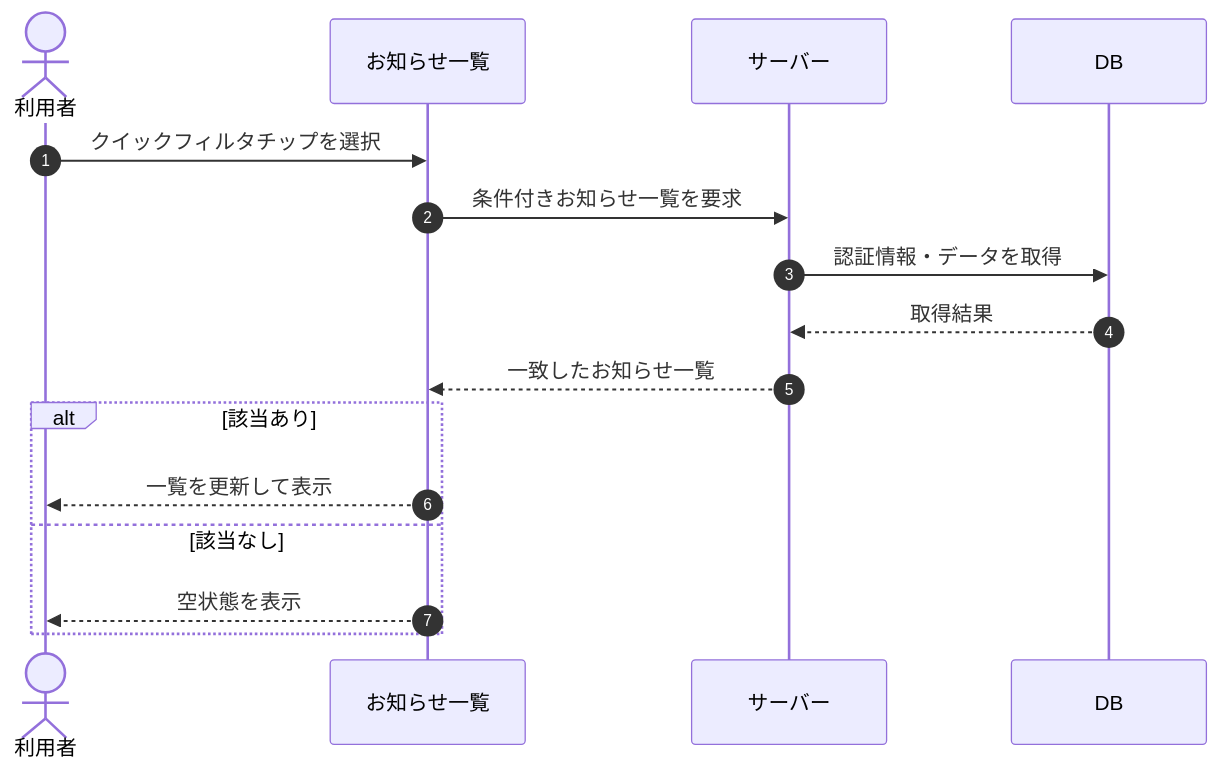
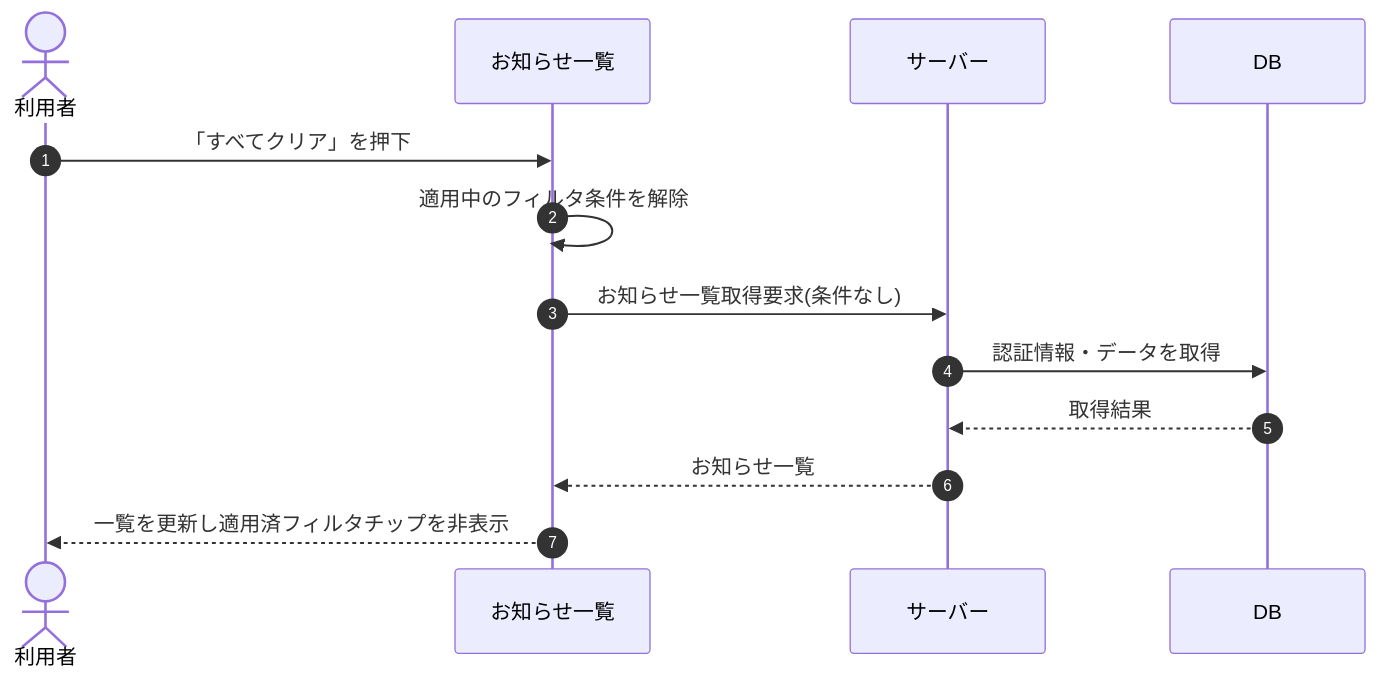
The diagram in 02_basic_design/03_sequences/SEQ-055.md (sikakou54/open-faq), drawn with Mermaid before and after one commit. The commit also changed other lines of this file and 395 other files, not shown here.

````diff
--- a/02_basic_design/03_sequences/SEQ-055.md
+++ b/02_basic_design/03_sequences/SEQ-055.md
@@ -25,18 +25,15 @@
 ```mermaid
 sequenceDiagram
   autonumber
   actor U as 利用者
   participant Screen as お知らせ一覧
   participant Server as サーバー
   participant DB as DB
-  U->>Screen: クイックフィルタチップを選択
-  Screen->>Server: 条件付きお知らせ一覧を要求
+  U->>Screen: 「すべてクリア」を押下
+  Screen->>Screen: 適用中のフィルタ条件を解除
+  Screen->>Server: お知らせ一覧取得要求(条件なし)
   Server->>DB: 認証情報・データを取得
   DB-->>Server: 取得結果
-  Server-->>Screen: 一致したお知らせ一覧
-  alt 該当あり
-    Screen-->>U: 一覧を更新して表示
-  else 該当なし
-    Screen-->>U: 空状態を表示
-  end
+  Server-->>Screen: お知らせ一覧
+  Screen-->>U: 一覧を更新し適用済フィルタチップを非表示
 ```
````
